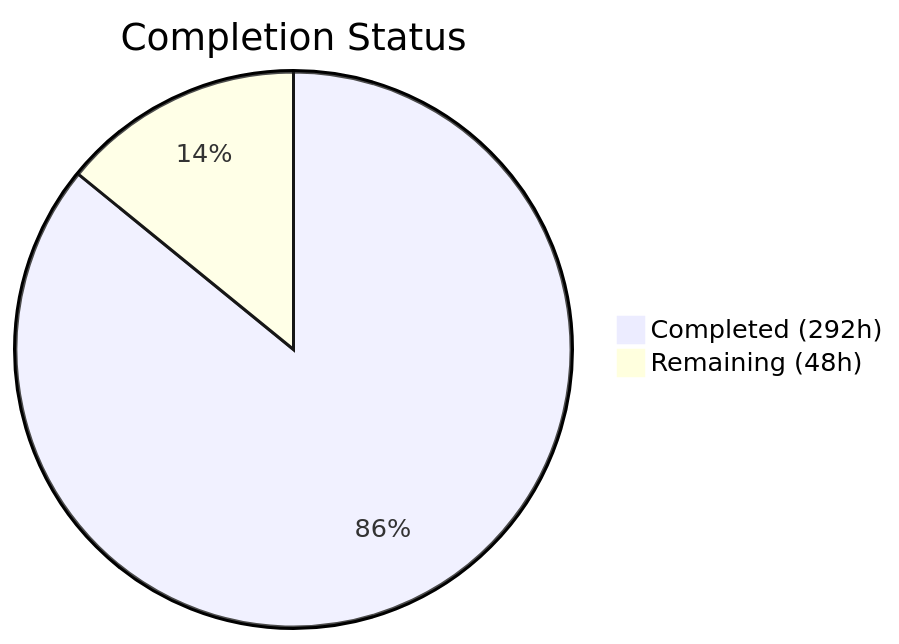
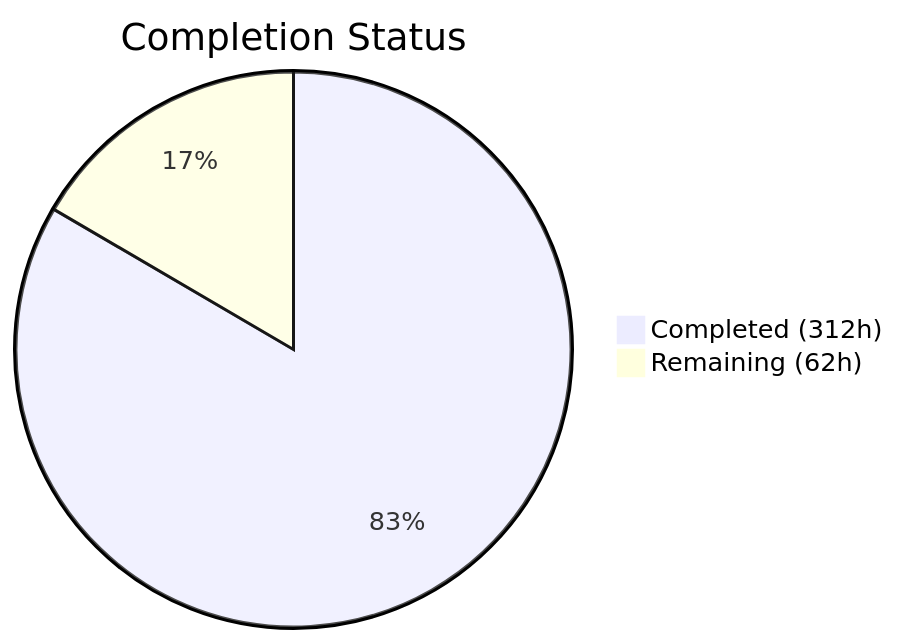
The first of 2 diagrams in blitzy/documentation/Project Guide.md (Blitzy-Sandbox/blitzy-cal), drawn with Mermaid before and after one commit. The commit also changed other lines of this file, not shown here.

Commit message:
Adding Blitzy Project Guide: Project Status and Human Tasks Remaining

````diff
--- a/blitzy/documentation/Project Guide.md
+++ b/blitzy/documentation/Project Guide.md
@@ -13,5 +13,5 @@
 ```mermaid
 pie title Completion Status
-    "Completed (292h)" : 292
-    "Remaining (48h)" : 48
+    "Completed (312h)" : 312
+    "Remaining (62h)" : 62
 ```
````
